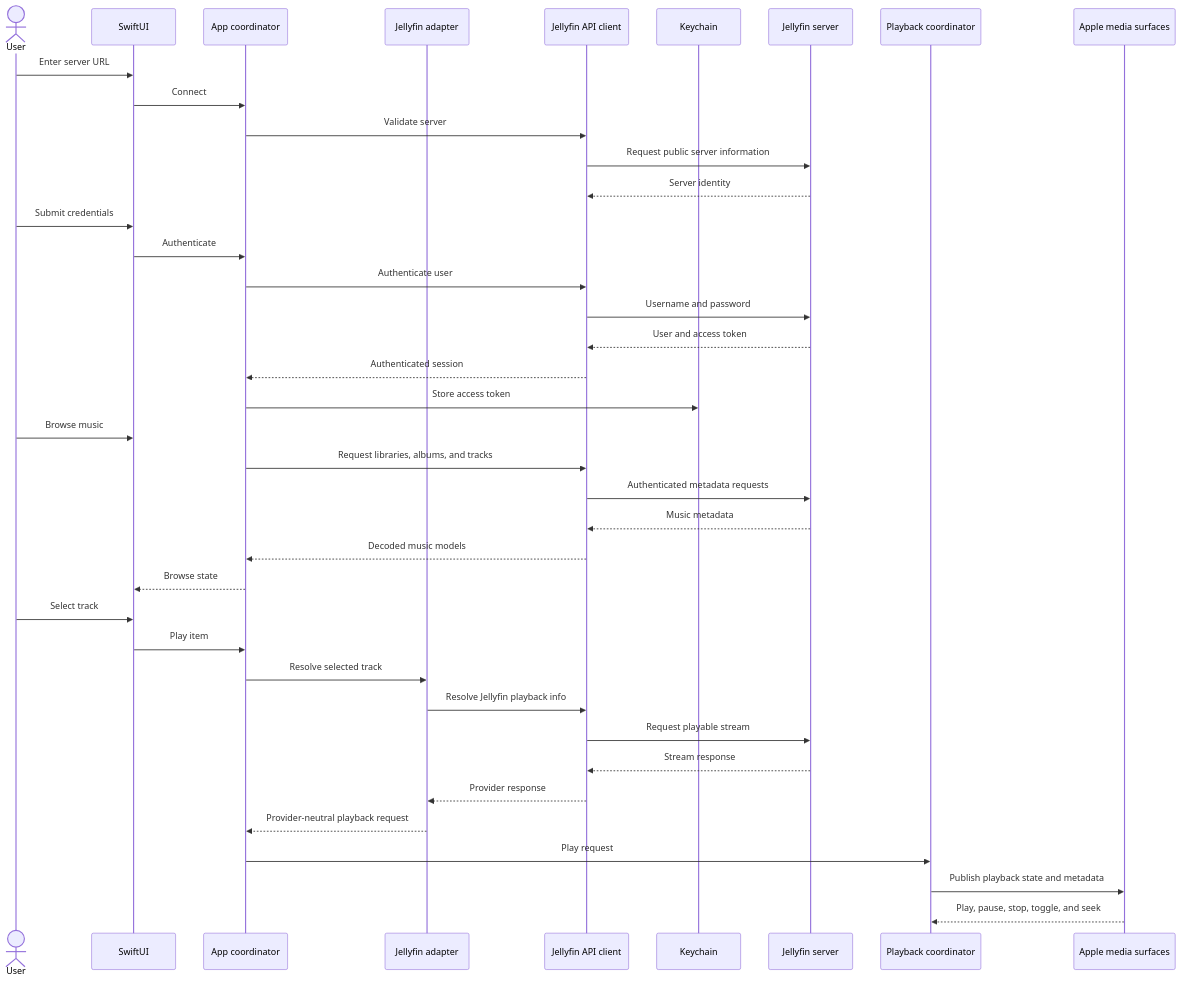
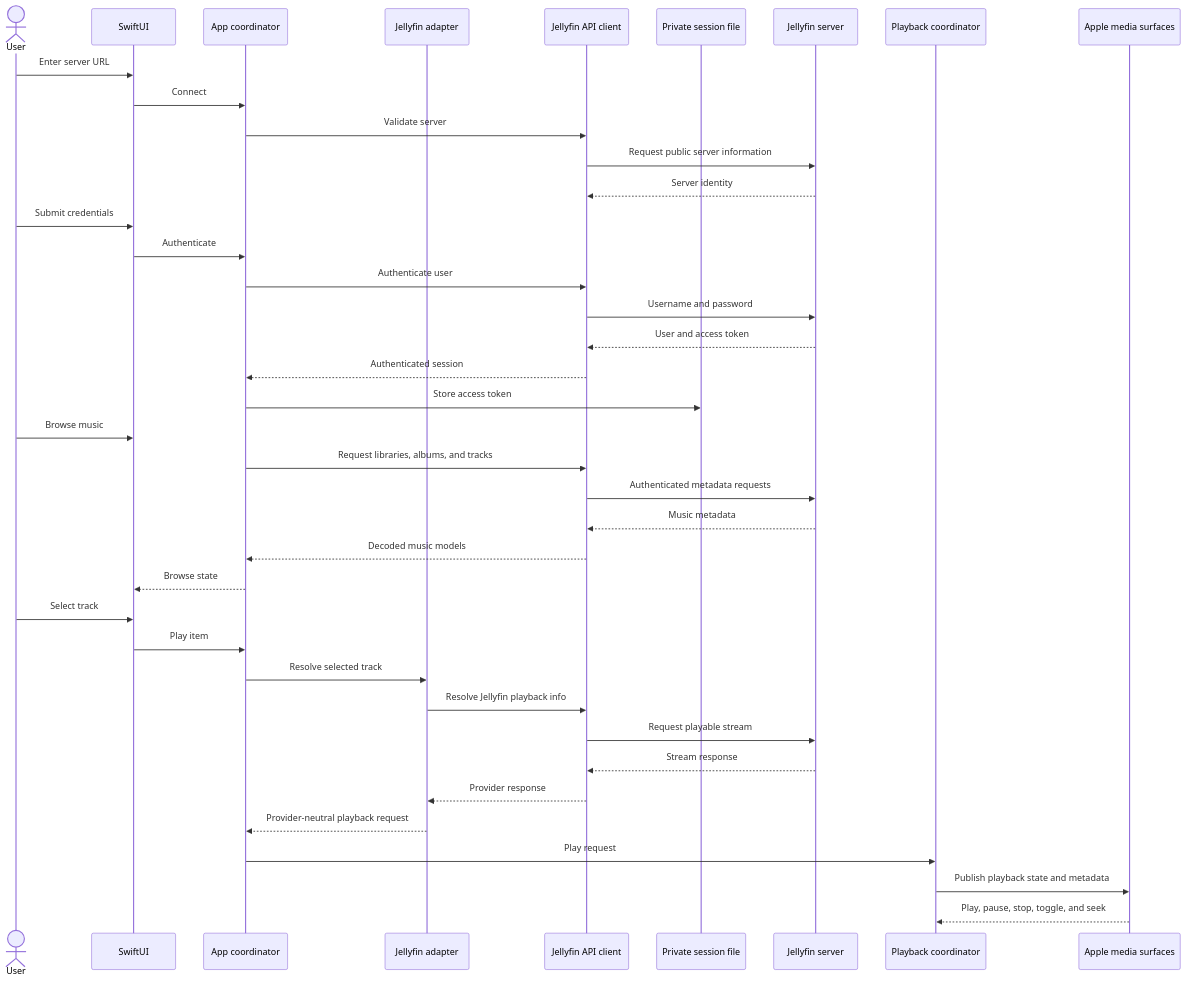
The third of 4 diagrams in docs/architecture.md (schillt/velacanto), drawn with Mermaid before and after one commit. The commit also changed other lines of this file and 23 other files, not shown here.

````diff
--- a/docs/architecture.md
+++ b/docs/architecture.md
@@ -136,45 +136,45 @@
 ```mermaid
 sequenceDiagram
     actor User
     participant UI as SwiftUI
     participant App as App coordinator
     participant Adapter as Jellyfin adapter
     participant API as Jellyfin API client
-    participant Keys as Keychain
+    participant SessionFile as Private session file
     participant JF as Jellyfin server
     participant Player as Playback coordinator
     participant OS as Apple media surfaces
 
     User->>UI: Enter server URL
     UI->>App: Connect
     App->>API: Validate server
     API->>JF: Request public server information
     JF-->>API: Server identity
 
     User->>UI: Submit credentials
     UI->>App: Authenticate
     App->>API: Authenticate user
     API->>JF: Username and password
     JF-->>API: User and access token
     API-->>App: Authenticated session
-    App->>Keys: Store access token
+    App->>SessionFile: Store access token
 
     User->>UI: Browse music
     App->>API: Request libraries, albums, and tracks
     API->>JF: Authenticated metadata requests
     JF-->>API: Music metadata
     API-->>App: Decoded music models
     App-->>UI: Browse state
 
     User->>UI: Select track
     UI->>App: Play item
     App->>Adapter: Resolve selected track
     Adapter->>API: Resolve Jellyfin playback info
     API->>JF: Request playable stream
     JF-->>API: Stream response
     API-->>Adapter: Provider response
     Adapter-->>App: Provider-neutral playback request
     App->>Player: Play request
     Player->>OS: Publish playback state and metadata
     OS-->>Player: Play, pause, stop, toggle, and seek
 ```
````
